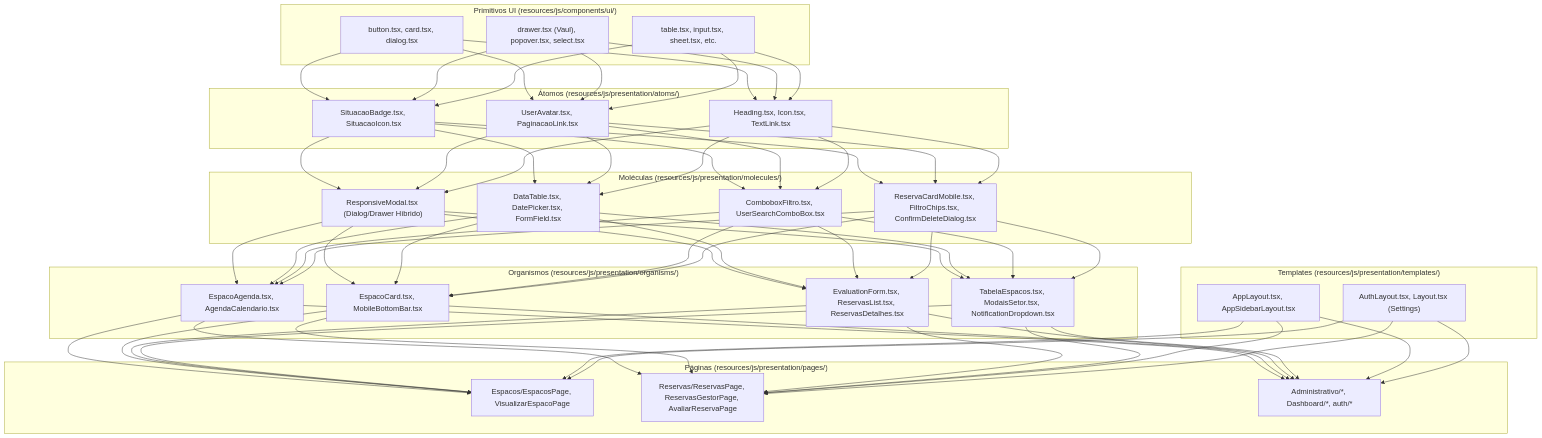
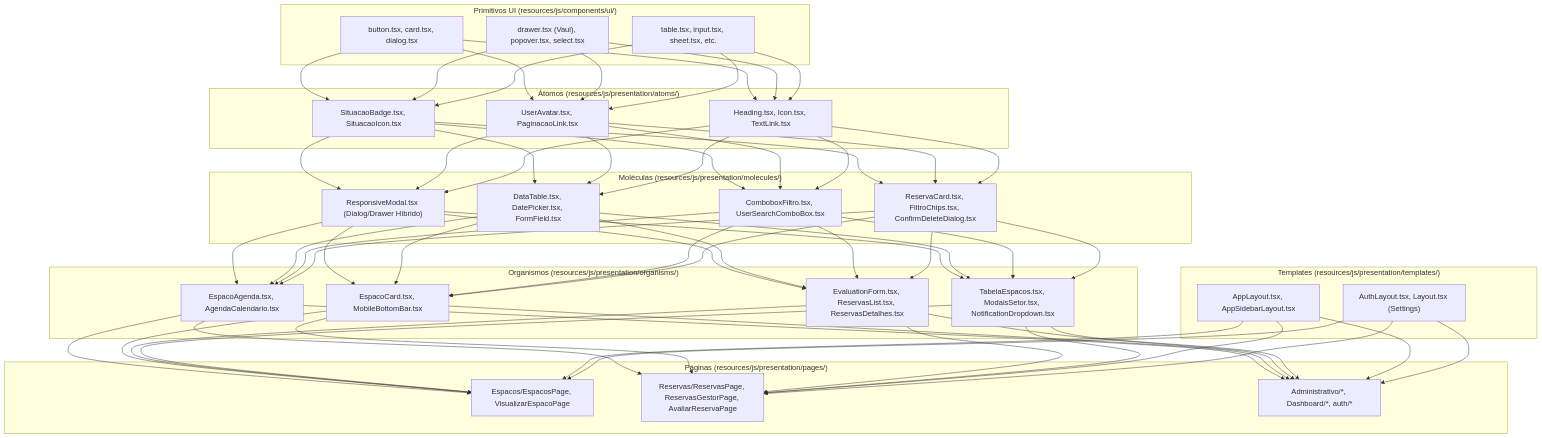
Before and after one commit to uniespacos/app: diagram 12 of 14 in docs/core-workflow-report.md, drawn with Mermaid. The commit also changed other lines of this file and 7 other files, not shown here.

First line of the commit message:
refactor: renomeia ReservaCardMobile para ReservaCard

````diff
--- a/docs/core-workflow-report.md
+++ b/docs/core-workflow-report.md
@@ -615,45 +615,45 @@
 ```mermaid
 graph TD
     subgraph "Primitivos UI (resources/js/components/ui/)"
         P1["button.tsx, card.tsx, dialog.tsx"]
         P2["drawer.tsx (Vaul), popover.tsx, select.tsx"]
         P3["table.tsx, input.tsx, sheet.tsx, etc."]
     end
 
     subgraph "Átomos (resources/js/presentation/atoms/)"
         A1["SituacaoBadge.tsx, SituacaoIcon.tsx"]
         A2["UserAvatar.tsx, PaginacaoLink.tsx"]
         A3["Heading.tsx, Icon.tsx, TextLink.tsx"]
     end
 
     subgraph "Moléculas (resources/js/presentation/molecules/)"
         M1["ResponsiveModal.tsx (Dialog/Drawer Híbrido)"]
         M2["DataTable.tsx, DatePicker.tsx, FormField.tsx"]
         M3["ComboboxFiltro.tsx, UserSearchComboBox.tsx"]
-        M4["ReservaCardMobile.tsx, FiltroChips.tsx, ConfirmDeleteDialog.tsx"]
+        M4["ReservaCard.tsx, FiltroChips.tsx, ConfirmDeleteDialog.tsx"]
     end
 
     subgraph "Organismos (resources/js/presentation/organisms/)"
         O1["EspacoAgenda.tsx, AgendaCalendario.tsx"]
         O2["EspacoCard.tsx, MobileBottomBar.tsx"]
         O3["EvaluationForm.tsx, ReservasList.tsx, ReservasDetalhes.tsx"]
         O4["TabelaEspacos.tsx, ModaisSetor.tsx, NotificationDropdown.tsx"]
     end
 
     subgraph "Templates (resources/js/presentation/templates/)"
         T1["AppLayout.tsx, AppSidebarLayout.tsx"]
         T2["AuthLayout.tsx, Layout.tsx (Settings)"]
     end
 
     subgraph "Páginas (resources/js/presentation/pages/)"
         PG1["Espacos/EspacosPage, VisualizarEspacoPage"]
         PG2["Reservas/ReservasPage, ReservasGestorPage, AvaliarReservaPage"]
         PG3["Administrativo/*, Dashboard/*, auth/*"]
     end
 
     P1 & P2 & P3 --> A1 & A2 & A3
     A1 & A2 & A3 --> M1 & M2 & M3 & M4
     M1 & M2 & M3 & M4 --> O1 & O2 & O3 & O4
     O1 & O2 & O3 & O4 --> PG1 & PG2 & PG3
     T1 & T2 --> PG1 & PG2 & PG3
 ```
````
